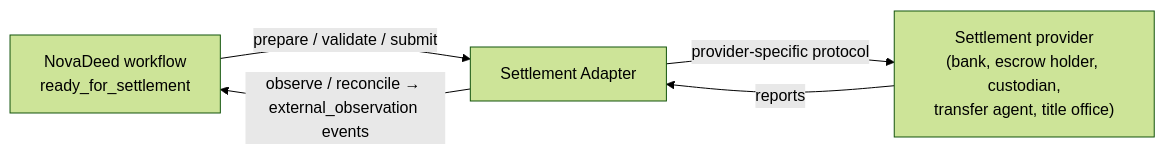
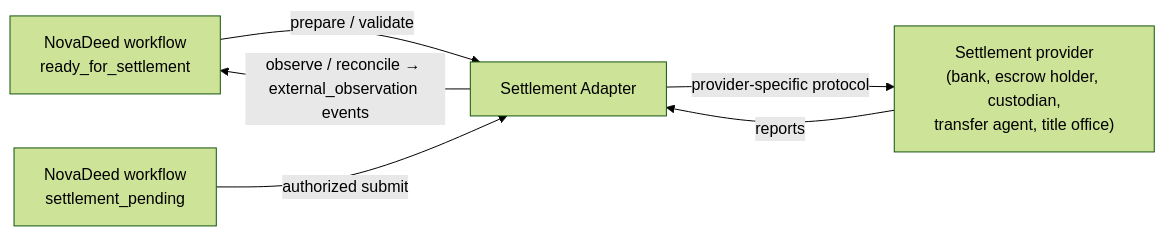
Before and after one commit to Novera-Protocol/novera-specs: the first of 2 diagrams in architecture/settlement-adapter.md, drawn with Mermaid (forest theme). The commit also changed other lines of this file, not shown here.

Commit message:
docs: resolve settlement authorization sequencing

````diff
--- a/architecture/settlement-adapter.md
+++ b/architecture/settlement-adapter.md
@@ -20,7 +20,8 @@
 ```mermaid
 flowchart LR
-  WF["NovaDeed workflow<br/>ready_for_settlement"] -->|"prepare / validate / submit"| SA["Settlement Adapter"]
+  WF["NovaDeed workflow<br/>ready_for_settlement"] -->|"prepare / validate"| SA["Settlement Adapter"]
+  WF2["NovaDeed workflow<br/>settlement_pending"] -->|"authorized submit"| SA
   SA -->|"provider-specific protocol"| P["Settlement provider<br/>(bank, escrow holder, custodian,<br/>transfer agent, title office)"]
   P -->|"reports"| SA
   SA -->|"observe / reconcile → external_observation events"| WF
 ```
````
